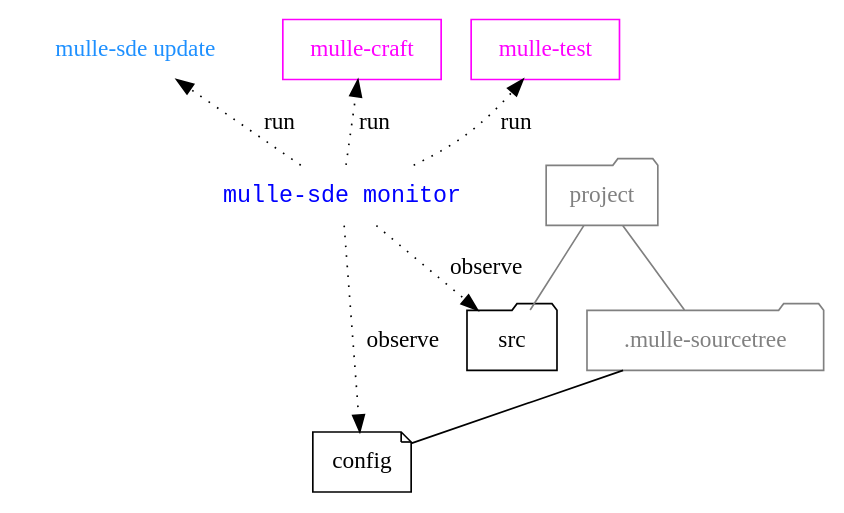
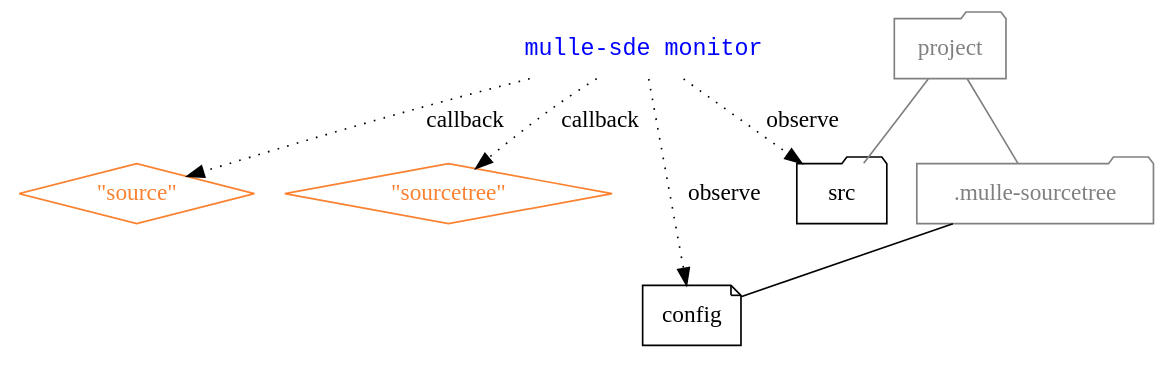
The diagram in dox/mulle-sde-monitor.dot (mulle-sde/mulle-sde), drawn with Graphviz before and after one commit. The commit also changed 32 other files, not shown here.

```diff
--- a/dox/mulle-sde-monitor.dot
+++ b/dox/mulle-sde-monitor.dot
@@ -1,34 +1,27 @@
 digraph G {
     graph [rankdir = TD];
 
     node[shape=record];
 
-    { rank = same; "mulle-sde update", "mulle-craft", "mulle-test" };
     { rank = same; "mulle-sde monitor" };
     { rank = same; "src", ".mulle-sourcetree" };
-
-    "mulle-sde update" -> "mulle-sde monitor"  [ style="invis" ]
-    "mulle-craft"      -> "mulle-sde monitor"  [ style="invis" ]
-    "mulle-test"       -> "mulle-sde monitor"  [ style="invis" ]
 
     "project"            [ shape="folder", color="gray", fontcolor="gray"]
     "src"                [ shape="folder"]
     ".mulle-sourcetree"  [ shape="folder", color="gray", fontcolor="gray"]
     "config"             [ shape="note"]
 
-    "project" -> "src"                [ arrowhead="none", color="gray", fontcolor="gray"]
-    "project" -> ".mulle-sourcetree"  [ arrowhead="none", color="gray", fontcolor="gray"]
-    ".mulle-sourcetree"  -> "config"  [ arrowhead="none" ]
+    "project"            -> "src"                [ arrowhead="none", color="gray", fontcolor="gray"]
+    "project"            -> ".mulle-sourcetree"  [ arrowhead="none", color="gray", fontcolor="gray"]
+    ".mulle-sourcetree"  -> "config"             [ arrowhead="none" ]
 
-    "mulle-test"           [ color="magenta", fontcolor="magenta" ]
-    "mulle-craft"          [ color="magenta", fontcolor="magenta" ]
-    "mulle-sde update"     [ shape="none", fontcolor="dodgerblue" ]
+    "source"               [ shape="diamond", color="#fa8231", fontcolor="#fa8231", label="\"source\"" ]
+    "sourcetree"           [ shape="diamond", color="#fa8231", fontcolor="#fa8231", label="\"sourcetree\"" ]
     "mulle-sde monitor"    [ shape="none", fontname="monospace", fontcolor="blue"]
 
-    "mulle-sde monitor"  -> "mulle-sde update" [ style="dotted", label="run" ]
-    "mulle-sde monitor"  -> "mulle-craft"      [ style="dotted", label="run" ]
-    "mulle-sde monitor"  -> "mulle-test"       [ style="dotted", label="run" ]
+    "mulle-sde monitor"  -> "source"      [ style="dotted", label="callback" ]
+    "mulle-sde monitor"  -> "sourcetree"  [ style="dotted", label="callback" ]
 
-    "mulle-sde monitor" -> "src"    [ style="dotted", label="observe" ]
-    "mulle-sde monitor" -> "config" [ style="dotted", label="observe" ]
+    "mulle-sde monitor"  -> "src"    [ style="dotted", label="observe" ]
+    "mulle-sde monitor"  -> "config" [ style="dotted", label="observe" ]
 }
```
